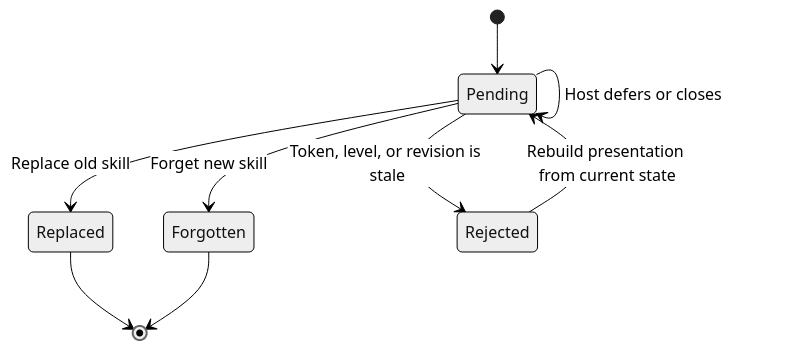
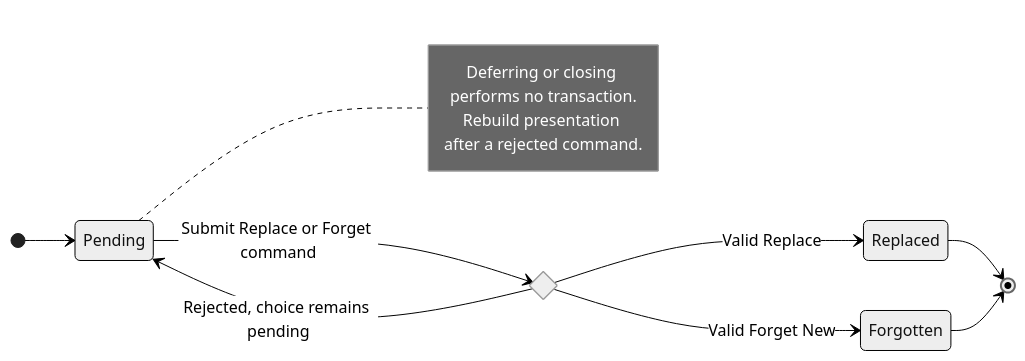
Before and after one commit to KayelC/Convergence: the third of 4 diagrams in docs/technical/runtime-actor-state-and-restoration.md, drawn with Mermaid (neutral theme). The commit also changed other lines of this file, not shown here.

Commit message:
docs: correct skill choice state machine

````diff
--- a/docs/technical/runtime-actor-state-and-restoration.md
+++ b/docs/technical/runtime-actor-state-and-restoration.md
@@ -245,11 +249,16 @@
 ```mermaid
 stateDiagram-v2
+    direction LR
     [*] --> Pending
-    Pending --> Replaced: Replace old skill
-    Pending --> Forgotten: Forget new skill
-    Pending --> Pending: Host defers or closes
-    Pending --> Rejected: Token, level, or revision is stale
-    Rejected --> Pending: Rebuild presentation from current state
+    state ValidateCommand <<choice>>
+    Pending --> ValidateCommand: Submit Replace or Forget command
+    ValidateCommand --> Replaced: Valid Replace
+    ValidateCommand --> Forgotten: Valid Forget New
+    ValidateCommand --> Pending: Rejected, choice remains pending
+    note right of Pending
+        Deferring or closing performs no transaction.
+        Rebuild presentation after a rejected command.
+    end note
     Replaced --> [*]
     Forgotten --> [*]
 ```
````
